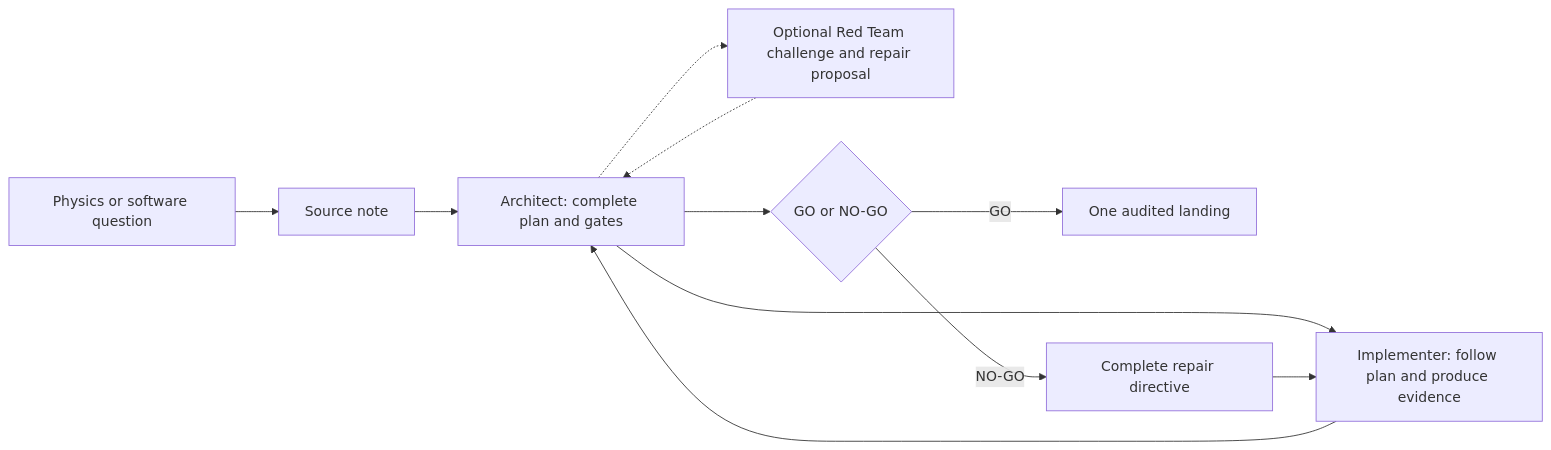
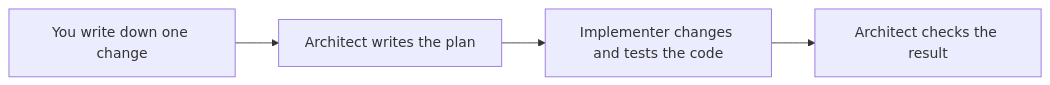
One commit to SBU-COSMOLIKE/emulators_code_v2 changed the first of 6 diagrams in ai/README.md. Above: the diagram before and after it, drawn with Mermaid. The commit also changed other lines of this file, not shown here.

Commit message:
docs: simplify AI workflow introduction

````diff
--- a/ai/README.md
+++ b/ai/README.md
@@ -90,13 +90,6 @@
 ```mermaid
 flowchart LR
-  Q["Physics or software question"] --> N["Source note"]
-  N --> A["Architect: complete plan and gates"]
-  A --> I["Implementer: follow plan and produce evidence"]
-  I --> A
-  A -.-> R["Optional Red Team challenge and repair proposal"]
-  R -.-> A
-  A --> D{"GO or NO-GO"}
-  D -->|"GO"| L["One audited landing"]
-  D -->|"NO-GO"| F["Complete repair directive"]
-  F --> I
+  U["You write down one change"] --> A["Architect writes the plan"]
+  A --> I["Implementer changes and tests the code"]
+  I --> C["Architect checks the result"]
 ```
````
